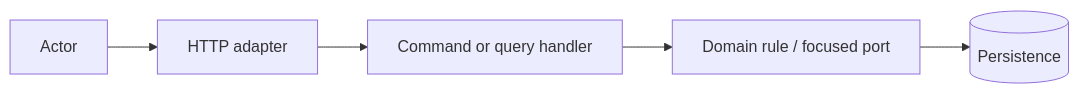
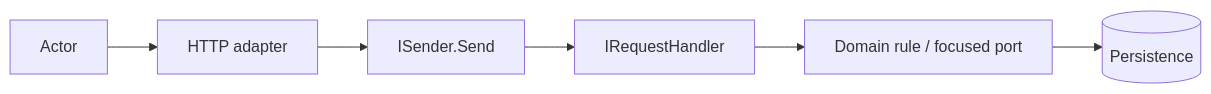
One commit to Karol-Malecki-dev/dotnet-react-starter changed the diagram in doc/PRODUCT_EVOLUTION/FEATURE_PROPOSAL_TEMPLATE.md. Above: the diagram before and after it, drawn with Mermaid. The commit also changed other lines of this file and 8 other files, not shown here.

````diff
--- a/doc/PRODUCT_EVOLUTION/FEATURE_PROPOSAL_TEMPLATE.md
+++ b/doc/PRODUCT_EVOLUTION/FEATURE_PROPOSAL_TEMPLATE.md
@@ -64,7 +66,8 @@
 ```mermaid
 flowchart LR
     A[Actor] --> B[HTTP adapter]
-    B --> C[Command or query handler]
-    C --> D[Domain rule / focused port]
-    D --> E[(Persistence)]
+    B --> C[ISender.Send]
+    C --> D[IRequestHandler]
+    D --> E[Domain rule / focused port]
+    E --> F[(Persistence)]
 ```
````
